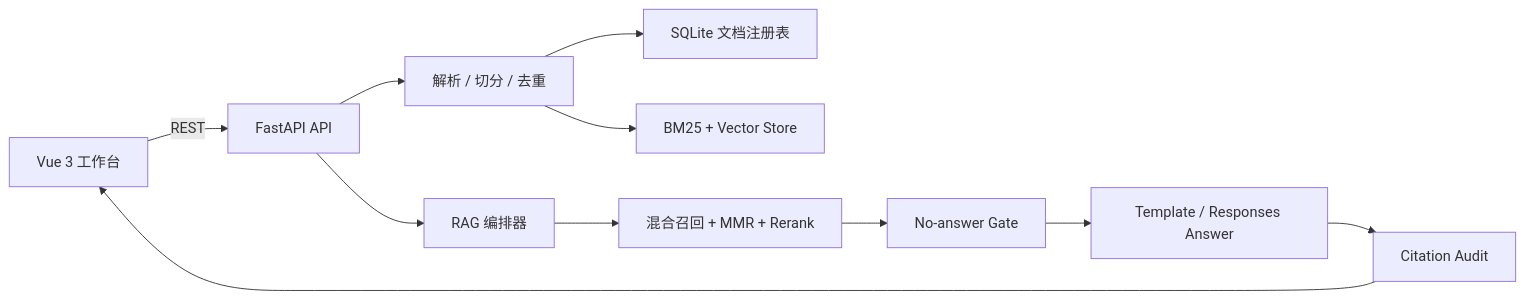
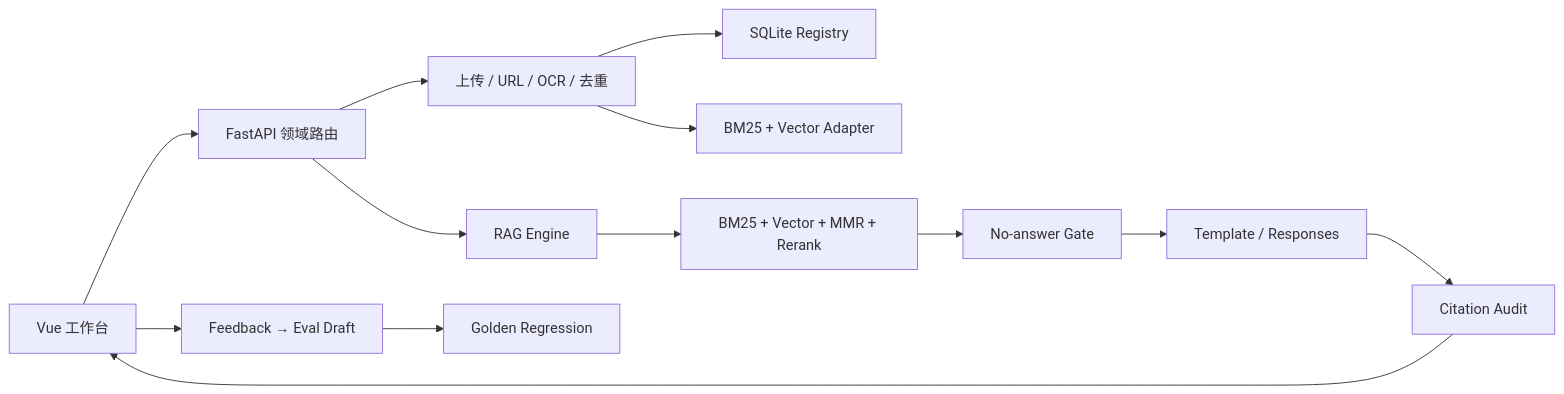
One commit to 728792899-create/personal-multimodal-rag changed the diagram in README.md. Above: the diagram before and after it, drawn with Mermaid. The commit also changed other lines of this file and 87 other files, not shown here.

````diff
--- a/README.md
+++ b/README.md
@@ -68,13 +133,15 @@
 ```mermaid
 flowchart LR
-  U["Vue 3 工作台"] -->|"REST"| API["FastAPI API"]
-  API --> ING["解析 / 切分 / 去重"]
-  API --> RAG["RAG 编排器"]
-  ING --> REG["SQLite 文档注册表"]
-  ING --> IDX["BM25 + Vector Store"]
-  RAG --> RET["混合召回 + MMR + Rerank"]
+  UI["Vue 工作台"] --> API["FastAPI 领域路由"]
+  API --> INGEST["上传 / URL / OCR / 去重"]
+  INGEST --> REG["SQLite Registry"]
+  INGEST --> INDEX["BM25 + Vector Adapter"]
+  API --> ENGINE["RAG Engine"]
+  ENGINE --> RET["BM25 + Vector + MMR + Rerank"]
   RET --> GATE["No-answer Gate"]
-  GATE --> GEN["Template / Responses Answer"]
+  GATE --> GEN["Template / Responses"]
   GEN --> AUDIT["Citation Audit"]
-  AUDIT --> U
+  AUDIT --> UI
+  UI --> FEEDBACK["Feedback → Eval Draft"]
+  FEEDBACK --> GOLDEN["Golden Regression"]
 ```
````
